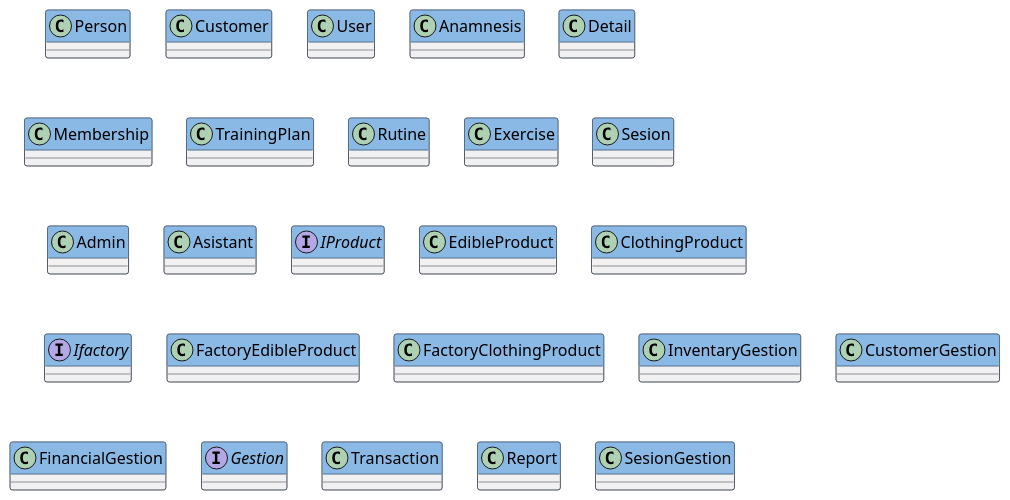
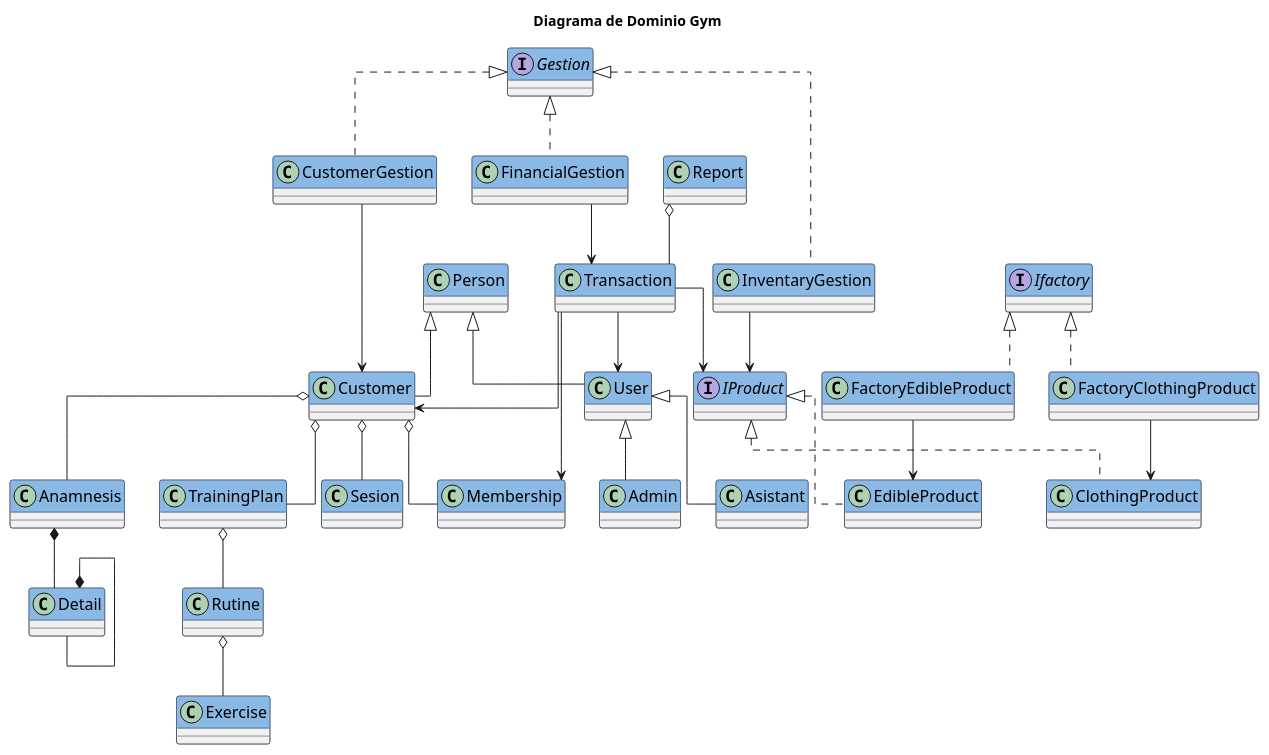
The diagram in modelos/dominio.puml (brayanfu038/GymRepository), drawn with PlantUML before and after one commit.

Commit message:
Actualizando dominio.puml con nuevos modelos

```diff
--- a/modelos/dominio.puml
+++ b/modelos/dominio.puml
@@ -1,84 +1,120 @@
 @startuml
+title Diagrama de Dominio Gym
+
+' ----- CLASES ----------
 class Person{
 
 }
 class Customer{
 
 }
 class User{
 
 }
 class Anamnesis{
 
 }
 class Detail{
 
 }
 class Membership{
 
 }
 class TrainingPlan{
 
 }
 class Rutine{
 
 }
 class Exercise{
 
 }
 class Sesion{
 
 }
 class Admin{
 
 }
 class Asistant{
 
 }
 interface IProduct{
 
 }
 class EdibleProduct{
 
 }
 class ClothingProduct{
 
 }
 interface Ifactory{
 }
 class FactoryEdibleProduct{
 
 }
 class FactoryClothingProduct{
 
 }
 class InventaryGestion{
 
 }
 class CustomerGestion{
 
 }
 class FinancialGestion{
 }
 interface Gestion{
 
 }
 class Transaction{
 
 }
 class Report{
 
 }
-class SesionGestion{
+'------ RELACIONES ---------
+Person <|-- User
+Person <|-- Customer
+User <|-- Asistant
+User <|-- Admin
+Ifactory <|.. FactoryClothingProduct
+Ifactory <|.. FactoryEdibleProduct
+IProduct <|.. EdibleProduct
+IProduct <|.. ClothingProduct
+Gestion <|.. InventaryGestion
+Gestion <|.. CustomerGestion
+Gestion <|.. FinancialGestion
+Customer o-- Anamnesis
+Customer o-- Membership
+Customer o-- TrainingPlan
+Customer o-- Sesion
+TrainingPlan o-- Rutine
+Report o-- Transaction
+Rutine o-- Exercise
+Anamnesis *-- Detail
+Detail*-- Detail
+FactoryEdibleProduct --> EdibleProduct
+FactoryClothingProduct --> ClothingProduct
+InventaryGestion --> IProduct
+CustomerGestion --> Customer
 
-}
+FinancialGestion --> Transaction
+Transaction --> User
+Transaction --> Customer
+Transaction --> IProduct
+Transaction --> Membership
+
+
 
 ' Definir la apariencia general
 skinparam classAttributeIconSize 8
 skinparam classFontSize 16
 skinparam classFontName "Arial"
 skinparam classBorderColor #212837
 skinparam classHeaderFontColor #FFFFFF
 skinparam classHeaderBackgroundColor #8BB9E6
 skinparam classArrowColor #6E95C2
+skinparam linetype ortho
+
+' k
 @enduml
```
